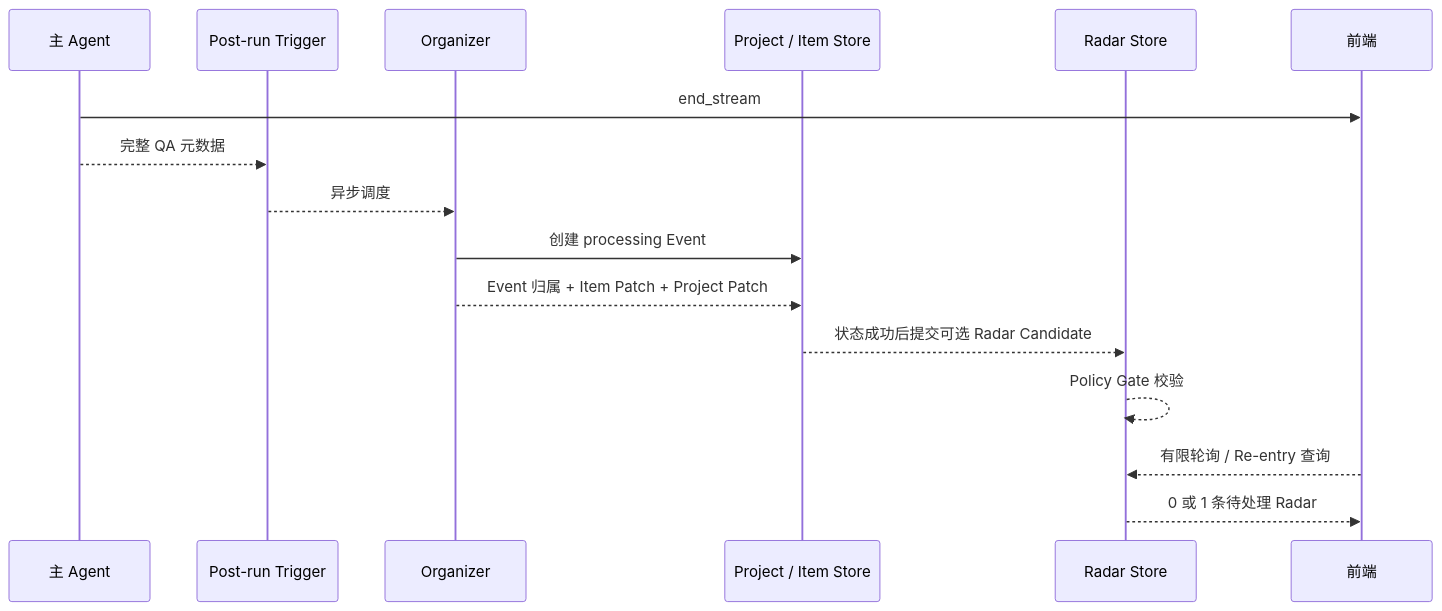
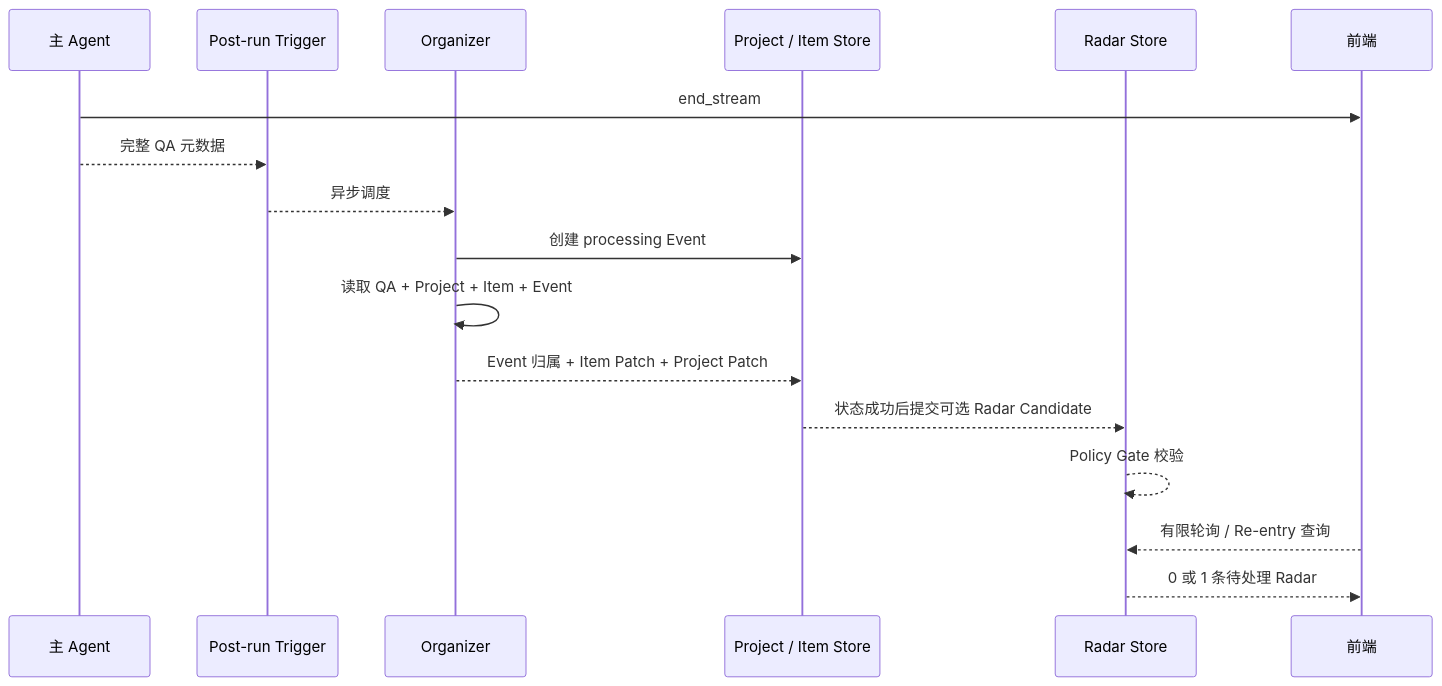
Before and after one commit to 1firecracker/project-radar-docs: the third of 4 diagrams in public/content/raw/02-架构与设计/技术设计.md, drawn with Mermaid. The commit also changed other lines of this file and 22 other files, not shown here.

````diff
--- a/public/content/raw/02-架构与设计/技术设计.md
+++ b/public/content/raw/02-架构与设计/技术设计.md
@@ -100,19 +100,20 @@
 ```mermaid
 sequenceDiagram
   participant Main as 主 Agent
   participant Trigger as Post-run Trigger
   participant Organizer as Organizer
   participant State as Project / Item Store
   participant Radar as Radar Store
   participant UI as 前端
 
   Main->>UI: end_stream
   Main-->>Trigger: 完整 QA 元数据
   Trigger-->>Organizer: 异步调度
   Organizer->>State: 创建 processing Event
+  Organizer->>Organizer: 读取 QA + Project + Item + Event
   Organizer-->>State: Event 归属 + Item Patch + Project Patch
   State-->>Radar: 状态成功后提交可选 Radar Candidate
   Radar-->>Radar: Policy Gate 校验
   UI-->>Radar: 有限轮询 / Re-entry 查询
   Radar-->>UI: 0 或 1 条待处理 Radar
 ```
````
